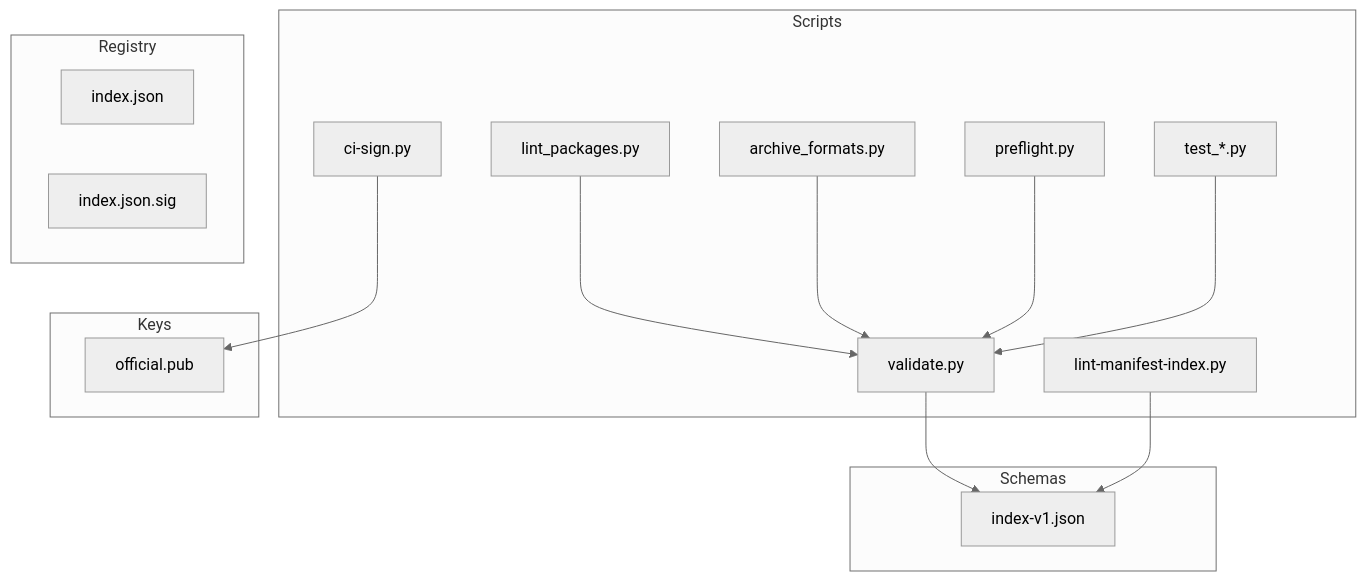
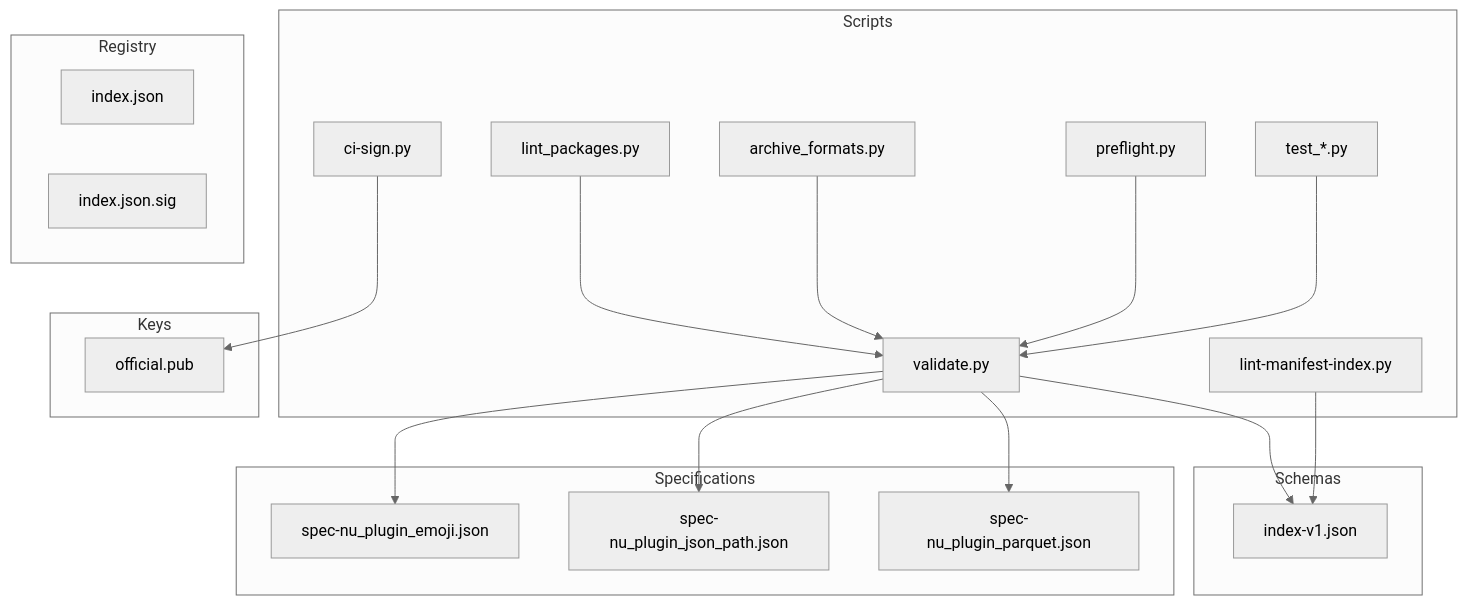
The first of 7 diagrams in .qoder/repowiki/en/content/Package Development Guide/Package Validation and Testing.md (tonythethompson/numan-registry), drawn with Mermaid (neutral theme) before and after one commit. The commit also changed other lines of this file and 21 other files, not shown here.

````diff
--- a/.qoder/repowiki/en/content/Package Development Guide/Package Validation and Testing.md
+++ b/.qoder/repowiki/en/content/Package Development Guide/Package Validation and Testing.md
@@ -55,29 +62,39 @@
 ```mermaid
+
 graph TB
 subgraph "Scripts"
 validate["validate.py"]
 lint["lint-manifest-index.py"]
 package_lint["lint_packages.py"]
 archive["archive_formats.py"]
 preflight["preflight.py"]
 signing["ci-sign.py"]
 tests["test_*.py"]
 end
 subgraph "Schemas"
 schema["index-v1.json"]
 end
 subgraph "Registry"
 index["index.json"]
 sig["index.json.sig"]
 end
 subgraph "Keys"
 pubkey["official.pub"]
 end
+subgraph "Specifications"
+emoji_spec["spec-nu_plugin_emoji.json"]
+jsonpath_spec["spec-nu_plugin_json_path.json"]
+parquet_spec["spec-nu_plugin_parquet.json"]
+end
 validate --> schema
+validate --> emoji_spec
+validate --> jsonpath_spec
+validate --> parquet_spec
 lint --> schema
 package_lint --> validate
 archive --> validate
 preflight --> validate
 signing --> pubkey
 tests --> validate
+
 ```
````
